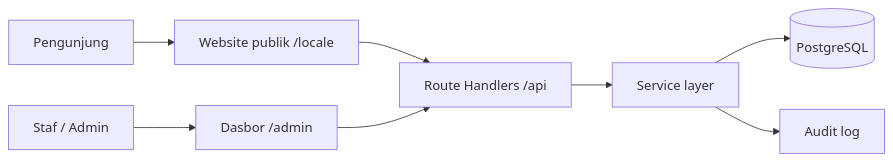
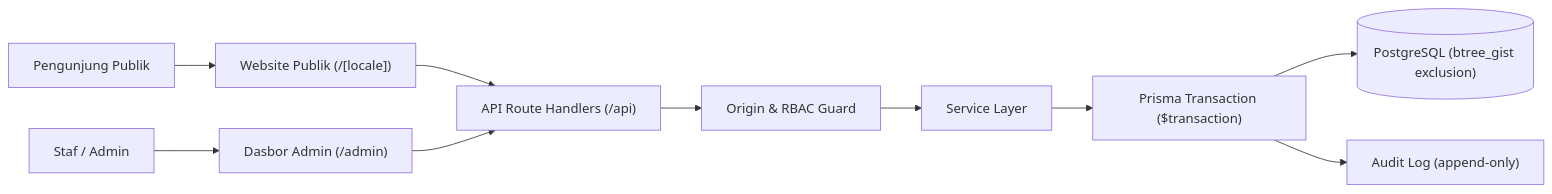
Before and after one commit to pramacoder/VillaBookingSystem: the second of 2 diagrams in README.md, drawn with Mermaid. The commit also changed other lines of this file and 4 other files, not shown here.

````diff
--- a/README.md
+++ b/README.md
@@ -76,10 +88,12 @@
 ```mermaid
 flowchart LR
-  V[Pengunjung] --> P[Website publik /locale]
-  S[Staf / Admin] --> A[Dasbor /admin]
-  P --> H[Route Handlers /api]
+  V[Pengunjung Publik] --> P["Website Publik (/[locale])"]
+  S[Staf / Admin] --> A["Dasbor Admin (/admin)"]
+  P --> H["API Route Handlers (/api)"]
   A --> H
-  H --> SV[Service layer]
-  SV --> DB[(PostgreSQL)]
-  SV --> AU[Audit log]
+  H --> SEC[Origin & RBAC Guard]
+  SEC --> SV[Service Layer]
+  SV --> TX["Prisma Transaction ($transaction)"]
+  TX --> DB[("PostgreSQL (btree_gist exclusion)")]
+  TX --> AU["Audit Log (append-only)"]
 ```
````
